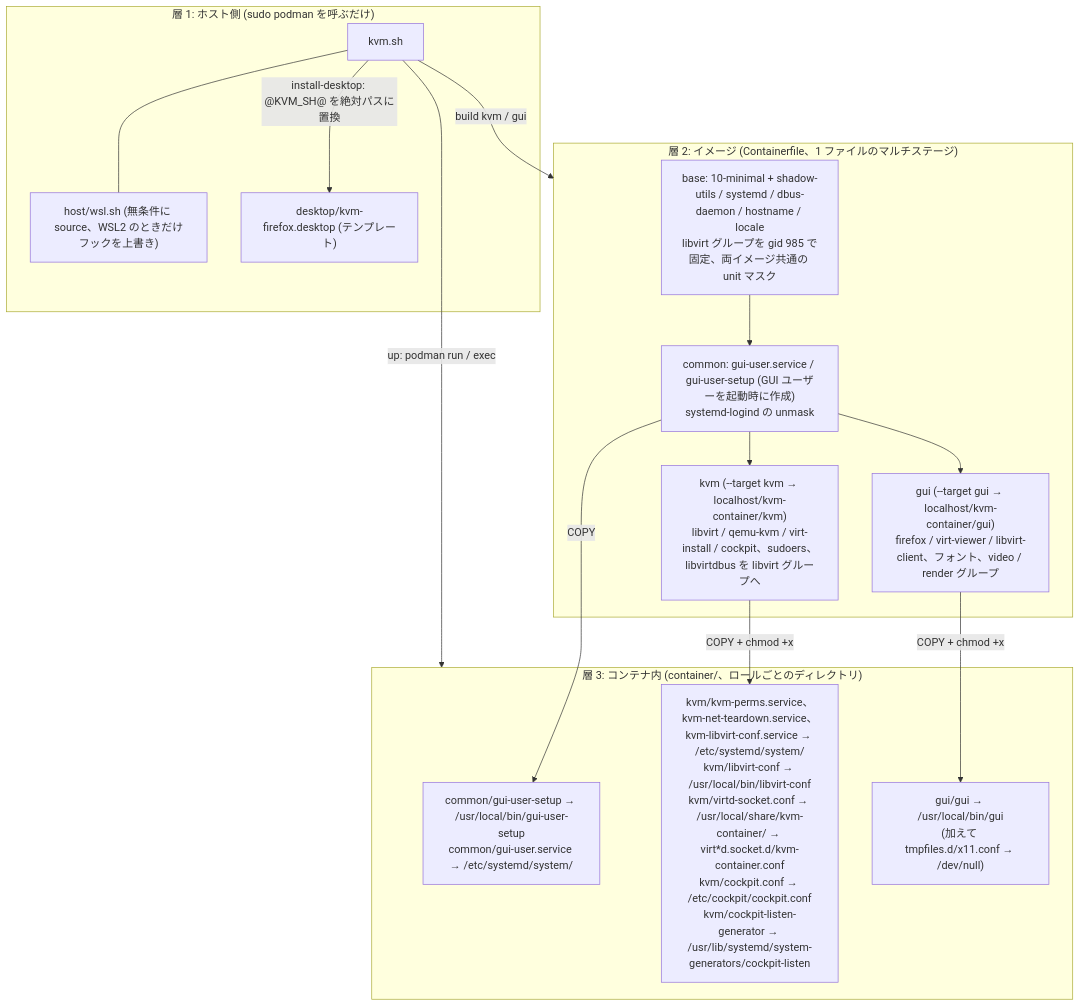
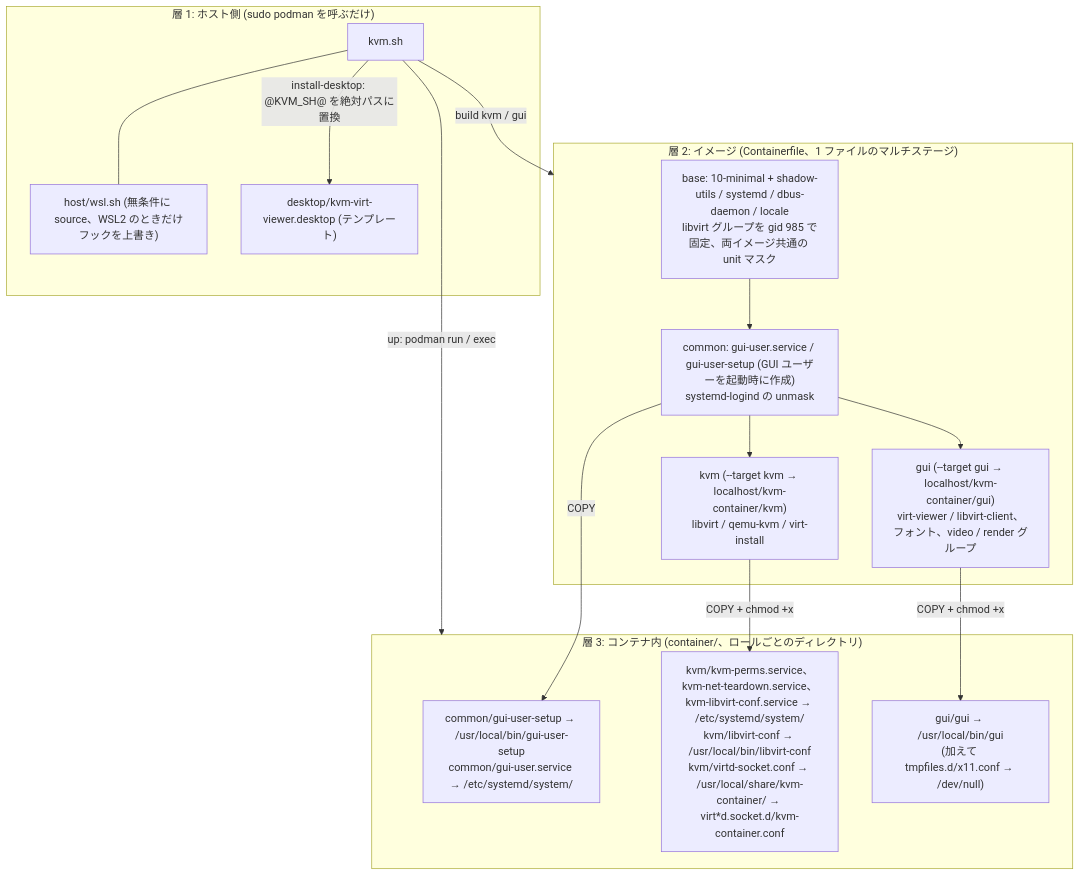
Before and after one commit to ryo-aoki-pc/kvm-container: the fourth of 22 diagrams in docs/SPEC.md, drawn with Mermaid. The commit also changed other lines of this file and 11 other files, not shown here.

````diff
--- a/docs/SPEC.md
+++ b/docs/SPEC.md
@@ -223,27 +215,27 @@
 ```mermaid
 flowchart TB
   subgraph L1 ["層 1: ホスト側 (sudo podman を呼ぶだけ)"]
     kvmsh["kvm.sh"] --- wsl["host/wsl.sh (無条件に source、WSL2 のときだけフックを上書き)"]
-    tmpl["desktop/kvm-firefox.desktop (テンプレート)"]
+    tmpl["desktop/kvm-virt-viewer.desktop (テンプレート)"]
   end
   subgraph L2 ["層 2: イメージ (Containerfile、1 ファイルのマルチステージ)"]
-    base["base: 10-minimal + shadow-utils / systemd / dbus-daemon / hostname / locale<br/>libvirt グループを gid 985 で固定、両イメージ共通の unit マスク"]
+    base["base: 10-minimal + shadow-utils / systemd / dbus-daemon / locale<br/>libvirt グループを gid 985 で固定、両イメージ共通の unit マスク"]
     common["common: gui-user.service / gui-user-setup (GUI ユーザーを起動時に作成)<br/>systemd-logind の unmask"]
-    kvmimg["kvm (--target kvm → localhost/kvm-container/kvm)<br/>libvirt / qemu-kvm / virt-install / cockpit、sudoers、libvirtdbus を libvirt グループへ"]
-    guiimg["gui (--target gui → localhost/kvm-container/gui)<br/>firefox / virt-viewer / libvirt-client、フォント、video / render グループ"]
+    kvmimg["kvm (--target kvm → localhost/kvm-container/kvm)<br/>libvirt / qemu-kvm / virt-install"]
+    guiimg["gui (--target gui → localhost/kvm-container/gui)<br/>virt-viewer / libvirt-client、フォント、video / render グループ"]
     base --> common
     common --> kvmimg
     common --> guiimg
   end
   subgraph L3 ["層 3: コンテナ内 (container/、ロールごとのディレクトリ)"]
     c1["common/gui-user-setup → /usr/local/bin/gui-user-setup<br/>common/gui-user.service → /etc/systemd/system/"]
-    k1["kvm/kvm-perms.service、kvm-net-teardown.service、kvm-libvirt-conf.service → /etc/systemd/system/<br/>kvm/libvirt-conf → /usr/local/bin/libvirt-conf<br/>kvm/virtd-socket.conf → /usr/local/share/kvm-container/ → virt*d.socket.d/kvm-container.conf<br/>kvm/cockpit.conf → /etc/cockpit/cockpit.conf<br/>kvm/cockpit-listen-generator → /usr/lib/systemd/system-generators/cockpit-listen"]
+    k1["kvm/kvm-perms.service、kvm-net-teardown.service、kvm-libvirt-conf.service → /etc/systemd/system/<br/>kvm/libvirt-conf → /usr/local/bin/libvirt-conf<br/>kvm/virtd-socket.conf → /usr/local/share/kvm-container/ → virt*d.socket.d/kvm-container.conf"]
     g1["gui/gui → /usr/local/bin/gui<br/>(加えて tmpfiles.d/x11.conf → /dev/null)"]
   end
   kvmsh -->|"build kvm / gui"| L2
   common -->|"COPY"| c1
   kvmimg -->|"COPY + chmod +x"| k1
   guiimg -->|"COPY + chmod +x"| g1
   kvmsh -->|"up: podman run / exec"| L3
   kvmsh -->|"install-desktop: @KVM_SH@ を絶対パスに置換"| tmpl
 ```
````
